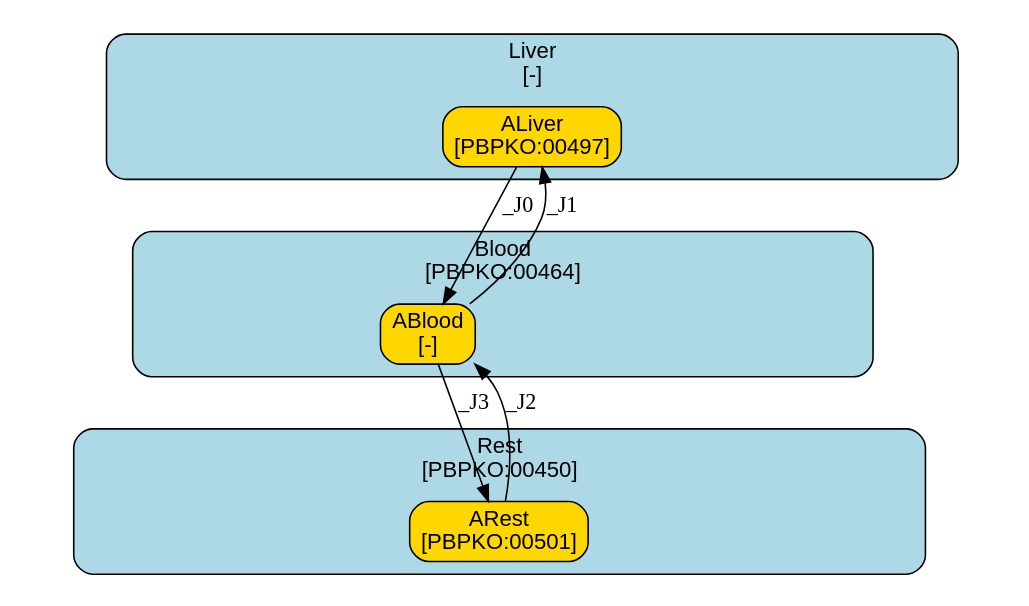
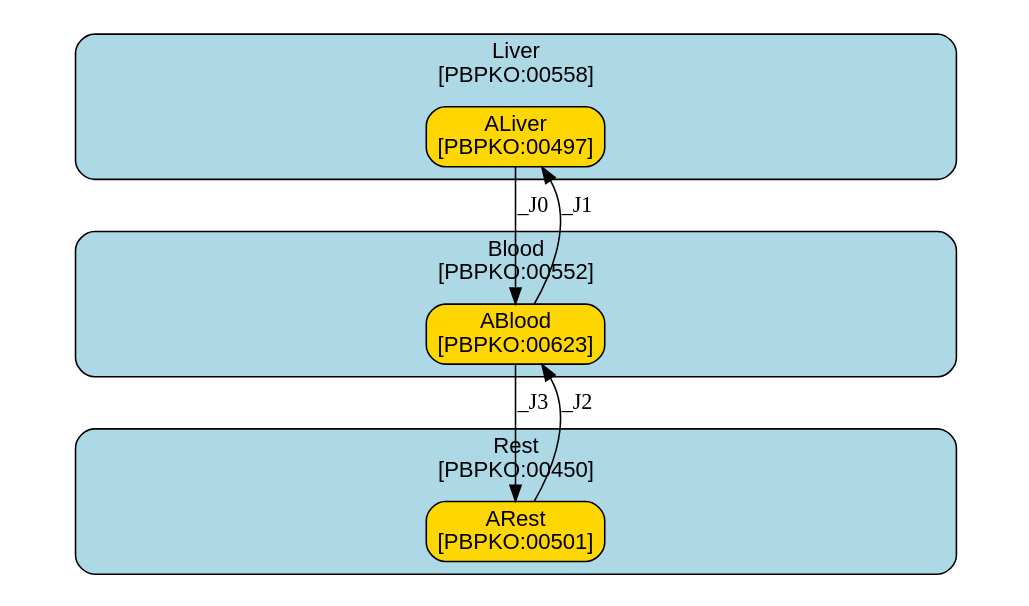
Before and after one commit to fair-pbk/exposure-route-pbk-models: the diagram in models/oral/Heavy Metals/Tebby_Pb/summary.dot, drawn with Graphviz. The commit also changed 188 other files, not shown here.

```diff
--- a/models/oral/Heavy Metals/Tebby_Pb/summary.dot
+++ b/models/oral/Heavy Metals/Tebby_Pb/summary.dot
@@ -1,64 +1,64 @@
 digraph {
 	graph [ratio=fill,
 		size="7,4"
 	];
 	node [fontname=Arial];
 	subgraph cluster_Liver {
 		graph [color=black,
 			fillcolor=lightblue,
 			fontname=Arial,
 			href="#compartment-Liver",
 			label="Liver
-[-]",
+[PBPKO:00558]",
 			shape=box,
 			style="filled,rounded"
 		];
 		ALiver	[color=black,
 			fillcolor=gold,
 			href="#species-ALiver",
 			label="ALiver
 [PBPKO:00497]",
 			shape=box,
 			style="filled,rounded"];
 	}
 	subgraph cluster_Blood {
 		graph [color=black,
 			fillcolor=lightblue,
 			fontname=Arial,
 			href="#compartment-Blood",
 			label="Blood
-[PBPKO:00464]",
+[PBPKO:00552]",
 			shape=box,
 			style="filled,rounded"
 		];
 		ABlood	[color=black,
 			fillcolor=gold,
 			href="#species-ABlood",
 			label="ABlood
-[-]",
+[PBPKO:00623]",
 			shape=box,
 			style="filled,rounded"];
 	}
 	subgraph cluster_Rest {
 		graph [color=black,
 			fillcolor=lightblue,
 			fontname=Arial,
 			href="#compartment-Rest",
 			label="Rest
 [PBPKO:00450]",
 			shape=box,
 			style="filled,rounded"
 		];
 		ARest	[color=black,
 			fillcolor=gold,
 			href="#species-ARest",
 			label="ARest
 [PBPKO:00501]",
 			shape=box,
 			style="filled,rounded"];
 	}
 	ALiver -> ABlood	[label=_J0];
 	ABlood -> ALiver	[label=_J1];
 	ABlood -> ARest	[label=_J3];
 	ARest -> ABlood	[label=_J2];
 }
```
